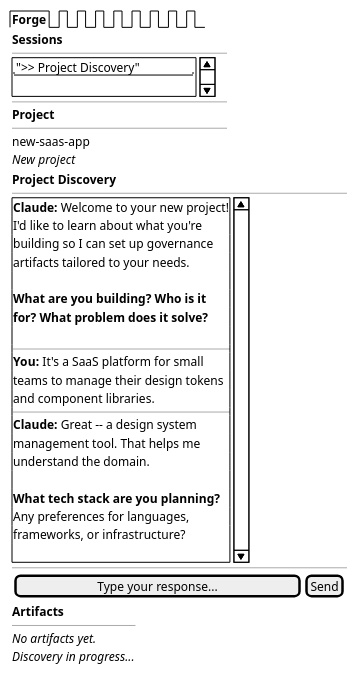
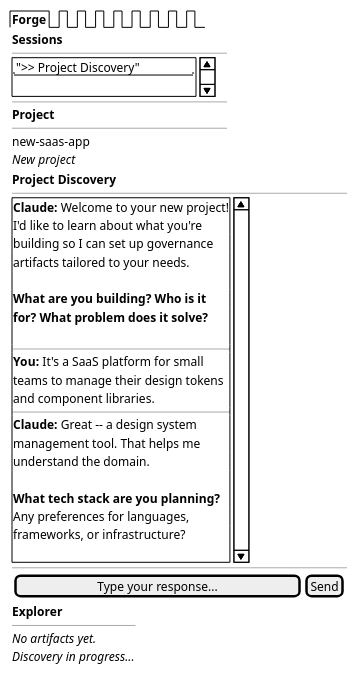
Before and after one commit to orqastudio/app: the tenth of 14 diagrams in docs/ui/wireframes/settings-onboarding.md, drawn with PlantUML. The commit also changed other lines of this file and 19 other files, not shown here.

````diff
--- a/docs/ui/wireframes/settings-onboarding.md
+++ b/docs/ui/wireframes/settings-onboarding.md
@@ -457,60 +456,60 @@
 ```plantuml
 @startsalt
 {
   {/ <b>Forge</b> | . | . | . | . | . | . | . | . }
   {
     {
       <b>Sessions</b>
       ---
       {SI
         "">> Project Discovery""
         .
       }
       ---
       <b>Project</b>
       ---
       new-saas-app
       <i>New project</i>
     }
     |
     {
       <b>Project Discovery</b>
       ---
       {SI
         <b>Claude:</b> Welcome to your new project!
         I'd like to learn about what you're
         building so I can set up governance
         artifacts tailored to your needs.
         .
         <b>What are you building? Who is it</b>
         <b>for? What problem does it solve?</b>
         .
         ---
         <b>You:</b> It's a SaaS platform for small
         teams to manage their design tokens
         and component libraries.
         ---
         <b>Claude:</b> Great -- a design system
         management tool. That helps me
         understand the domain.
         .
         <b>What tech stack are you planning?</b>
         Any preferences for languages,
         frameworks, or infrastructure?
         .
       }
       ---
       { [Type your response...              ] | [Send] }
     }
     |
     {
-      <b>Artifacts</b>
+      <b>Explorer</b>
       ---
       <i>No artifacts yet.</i>
       <i>Discovery in progress...</i>
       .
     }
   }
 }
 @endsalt
 ```
````
